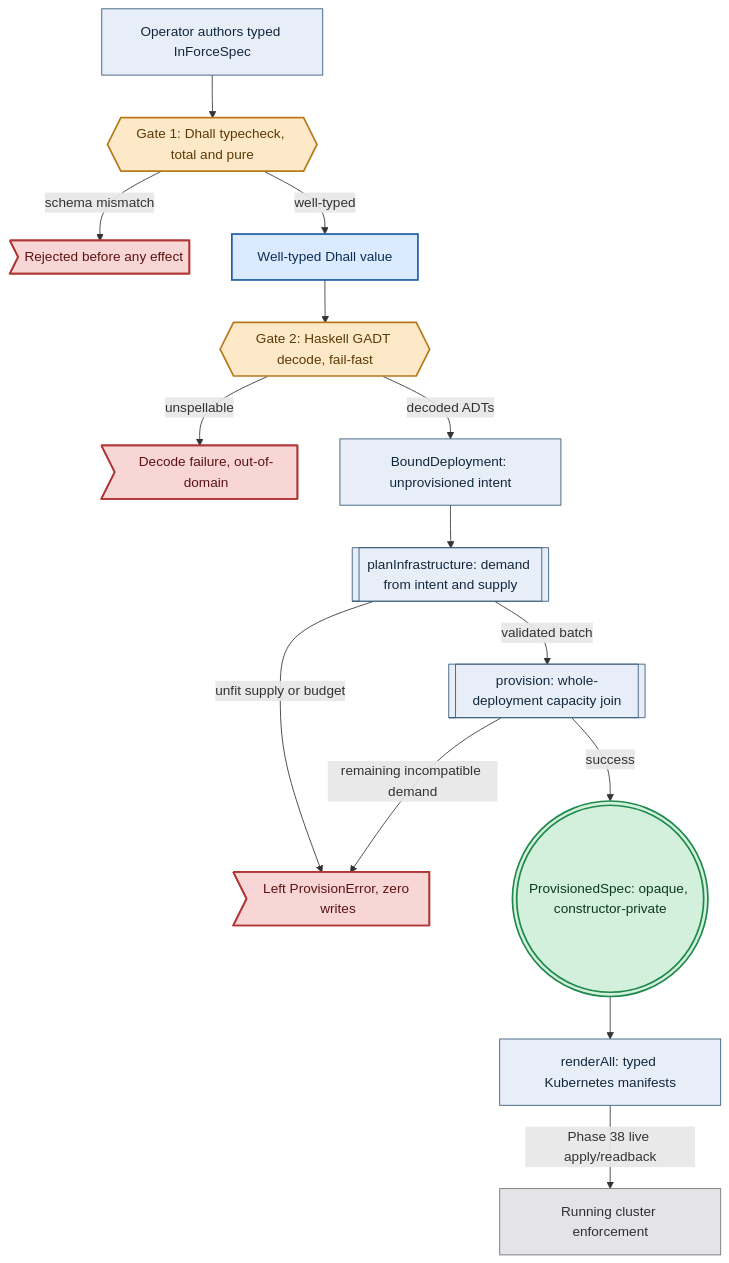
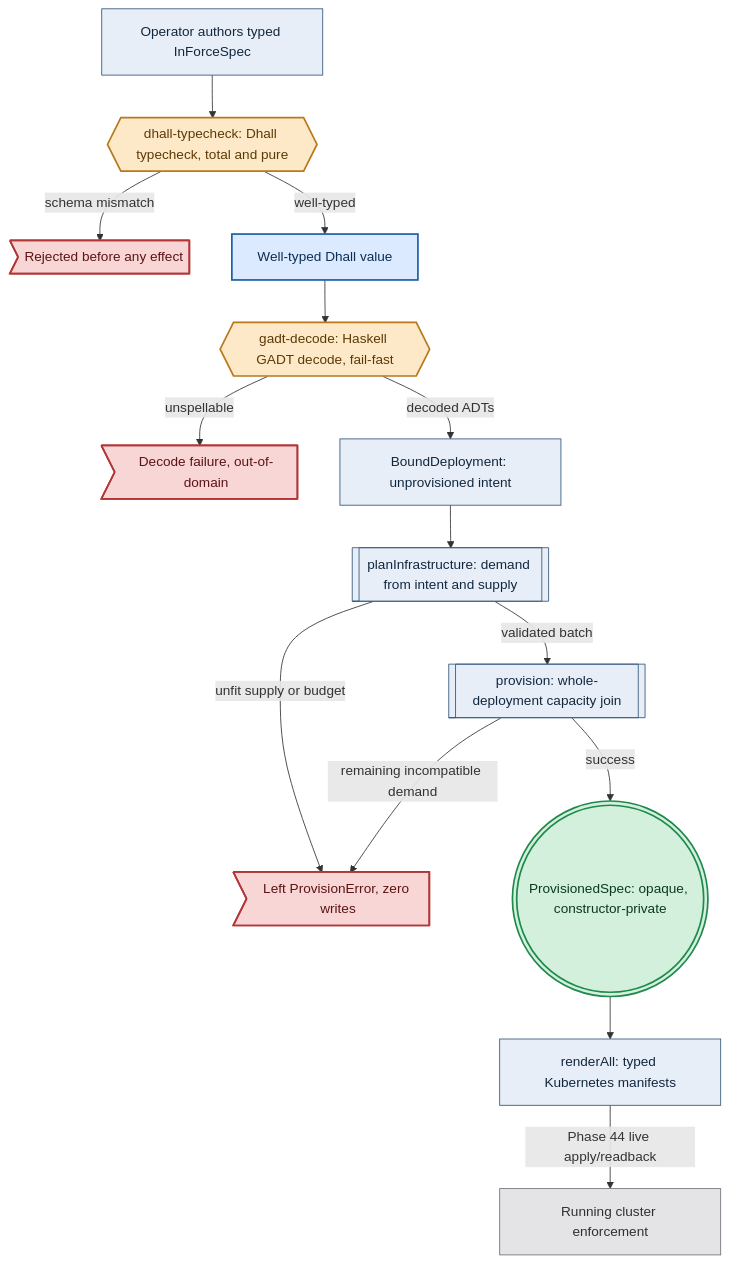
One commit to Tuee22/amoebius changed the fourth of 4 diagrams in documents/engineering/dsl_doctrine.md. Above: the diagram before and after it, drawn with Mermaid. The commit also changed other lines of this file and 381 other files, not shown here.

````diff
--- a/documents/engineering/dsl_doctrine.md
+++ b/documents/engineering/dsl_doctrine.md
@@ -608,38 +608,38 @@
 ```mermaid
 flowchart TD
 %% register: algebra
   author["Operator authors typed InForceSpec"]:::intent
-  g1{{"Gate 1: Dhall typecheck, total and pure"}}:::gate
+  g1{{"dhall-typecheck: Dhall typecheck, total and pure"}}:::gate
   typed["Well-typed Dhall value"]:::provenPB
-  g2{{"Gate 2: Haskell GADT decode, fail-fast"}}:::gate
+  g2{{"gadt-decode: Haskell GADT decode, fail-fast"}}:::gate
   bound["BoundDeployment: unprovisioned intent"]:::intent
   plan[["planInfrastructure: demand from intent and supply"]]:::intent
   prov[["provision: whole-deployment capacity join"]]:::intent
   sealed((("ProvisionedSpec: opaque, constructor-private"))):::seal
   render["renderAll: typed Kubernetes manifests"]:::intent
   live["Running cluster enforcement"]:::runtime
   rej1>"Rejected before any effect"]:::refuse
   rej2>"Decode failure, out-of-domain"]:::refuse
   rej3>"Left ProvisionError, zero writes"]:::refuse
   author --> g1
   g1 -->|"schema mismatch"| rej1
   g1 -->|"well-typed"| typed
   typed --> g2
   g2 -->|"unspellable"| rej2
   g2 -->|"decoded ADTs"| bound
   bound --> plan
   plan -->|"unfit supply or budget"| rej3
   plan -->|"validated batch"| prov
   prov -->|"remaining incompatible demand"| rej3
   prov -->|"success"| sealed
   sealed --> render
-  render -->|"Phase 38 live apply/readback"| live
+  render -->|"Phase 44 live apply/readback"| live
   classDef intent   fill:#e8eef7,stroke:#33587a,color:#12283f,stroke-width:1px
   classDef provenPB fill:#dbeafe,stroke:#1e5fa8,color:#0b2f57,stroke-width:2px
   classDef gate     fill:#fde9c8,stroke:#b8791b,color:#5c3a06,stroke-width:2px
   classDef decision fill:#fdf3d8,stroke:#b8791b,color:#5c3a06,stroke-width:1px
   classDef effect   fill:#e7ddf5,stroke:#6b3fa0,color:#2f1a52,stroke-width:2px
   classDef seal     fill:#d3f0dd,stroke:#1f8a4c,color:#0c3a1f,stroke-width:2px
   classDef refuse   fill:#f8d6d6,stroke:#b23636,color:#5c1414,stroke-width:2px
   classDef runtime  fill:#e4e4e7,stroke:#71717a,color:#2f2f35,stroke-width:1px
 ```
````
